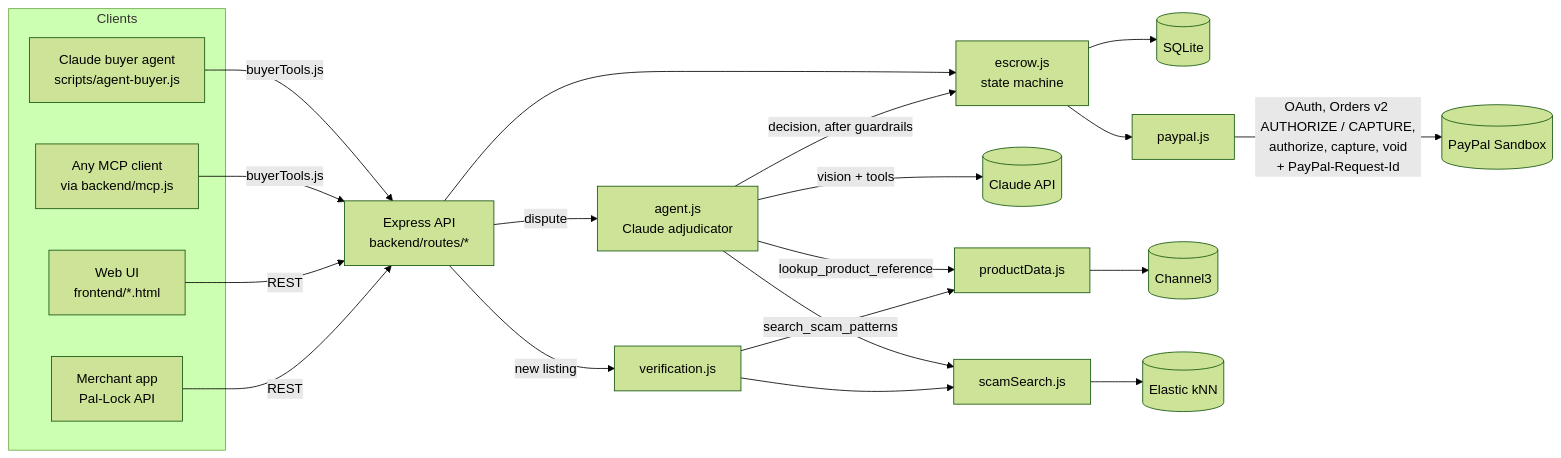
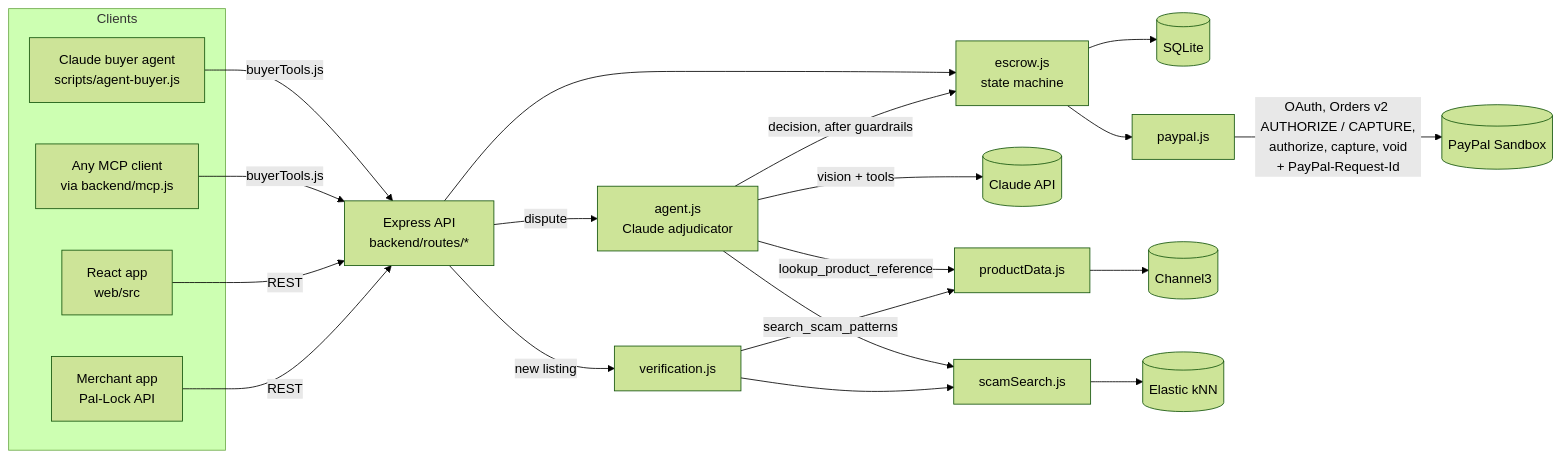
The diagram in README.md (rufoabrahamguyo/paypal), drawn with Mermaid (forest theme) before and after one commit. The commit also changed other lines of this file and 86 other files, not shown here.

````diff
--- a/README.md
+++ b/README.md
@@ -169,21 +179,21 @@
 ```mermaid
 flowchart LR
   subgraph Clients
-    UI[Web UI<br/>frontend/*.html]
+    UI[React app<br/>web/src]
     BA[Claude buyer agent<br/>scripts/agent-buyer.js]
     MCP[Any MCP client<br/>via backend/mcp.js]
     APP[Merchant app<br/>Pal-Lock API]
   end
   BA & MCP -->|buyerTools.js| API
   UI & APP -->|REST| API[Express API<br/>backend/routes/*]
   API --> ESC[escrow.js<br/>state machine]
   ESC --> DB[(SQLite)]
   ESC --> PP[paypal.js]
   PP -->|OAuth, Orders v2 AUTHORIZE / CAPTURE,<br/>authorize, capture, void<br/>+ PayPal-Request-Id| PAYPAL[(PayPal Sandbox)]
   API -->|dispute| AG[agent.js<br/>Claude adjudicator]
   AG -->|vision + tools| CLAUDE[(Claude API)]
   AG -->|lookup_product_reference| PD[productData.js] --> C3[(Channel3)]
   AG -->|search_scam_patterns| SS[scamSearch.js] --> ES[(Elastic kNN)]
   AG -->|decision, after guardrails| ESC
   API -->|new listing| VER[verification.js] --> PD & SS
 ```
````
